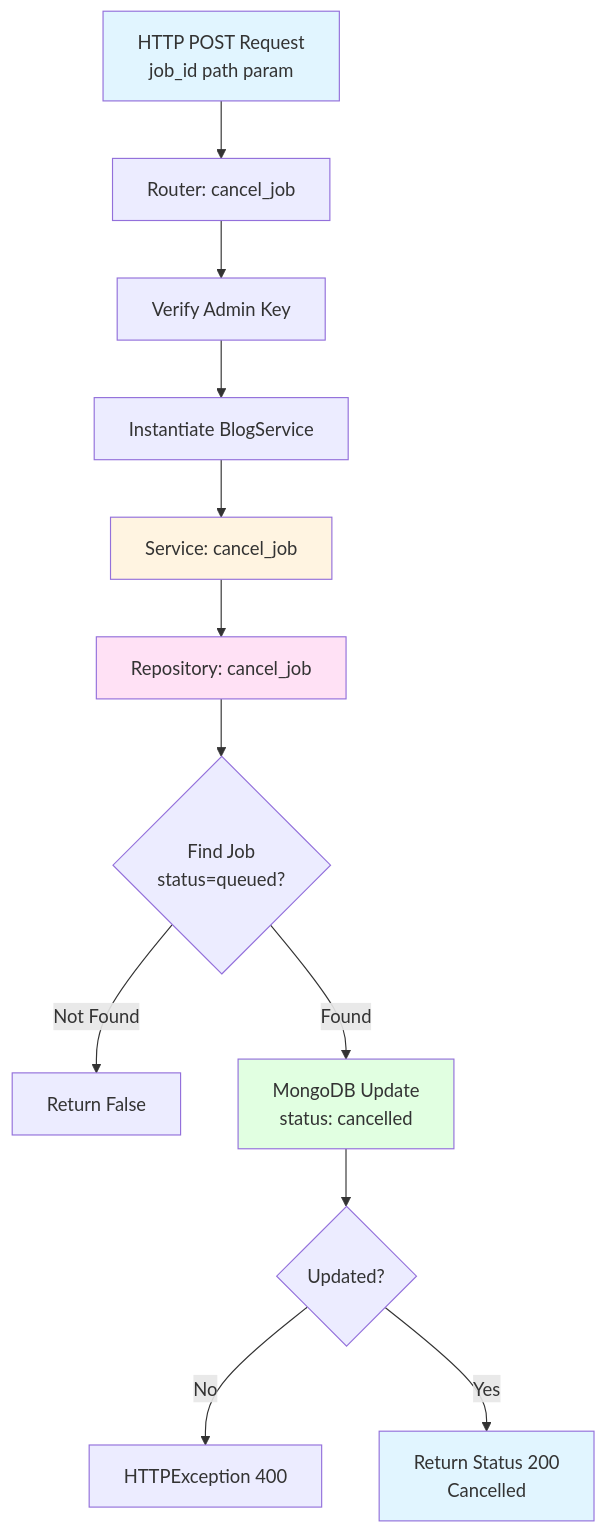
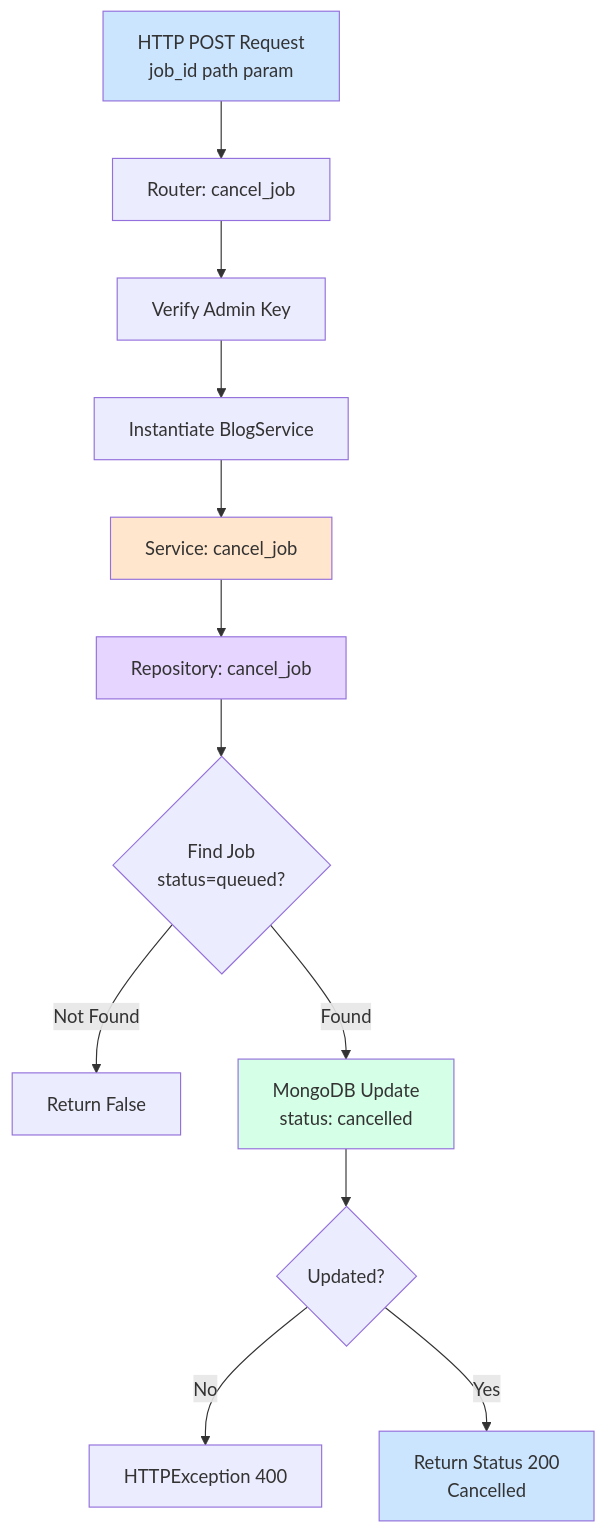
Before and after one commit to amitspk/project-x: the fourth of 12 diagrams in SelfLearning/fyi_widget_api/ENDPOINT_FLOWS_VISUAL.md, drawn with Mermaid. The commit also changed other lines of this file, not shown here.

Commit message:
updated flow diagram

````diff
--- a/SelfLearning/fyi_widget_api/ENDPOINT_FLOWS_VISUAL.md
+++ b/SelfLearning/fyi_widget_api/ENDPOINT_FLOWS_VISUAL.md
@@ -133,20 +133,20 @@
 ```mermaid
 graph TD
     A[HTTP POST Request<br/>job_id path param] --> B[Router: cancel_job]
     B --> C[Verify Admin Key]
     C --> D[Instantiate BlogService]
     D --> E[Service: cancel_job]
     E --> F[Repository: cancel_job]
     F --> G{Find Job<br/>status=queued?}
     G -->|Not Found| H[Return False]
     G -->|Found| I[MongoDB Update<br/>status: cancelled]
     I --> J{Updated?}
     J -->|No| K[HTTPException 400]
     J -->|Yes| L[Return Status 200<br/>Cancelled]
     
-    style A fill:#e1f5ff
-    style E fill:#fff4e1
-    style F fill:#ffe1f5
-    style I fill:#e1ffe1
-    style L fill:#e1f5ff
+    style A fill:#cce5ff
+    style E fill:#ffe6cc
+    style F fill:#e6d5ff
+    style I fill:#d5ffe6
+    style L fill:#cce5ff
 ```
````
